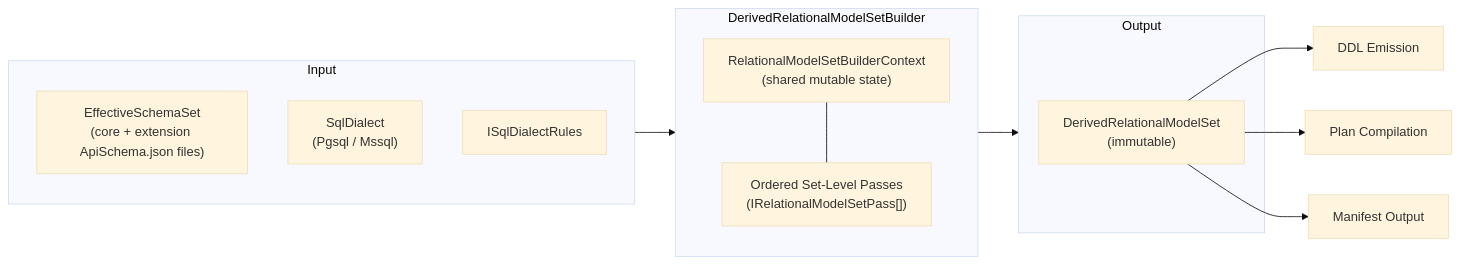
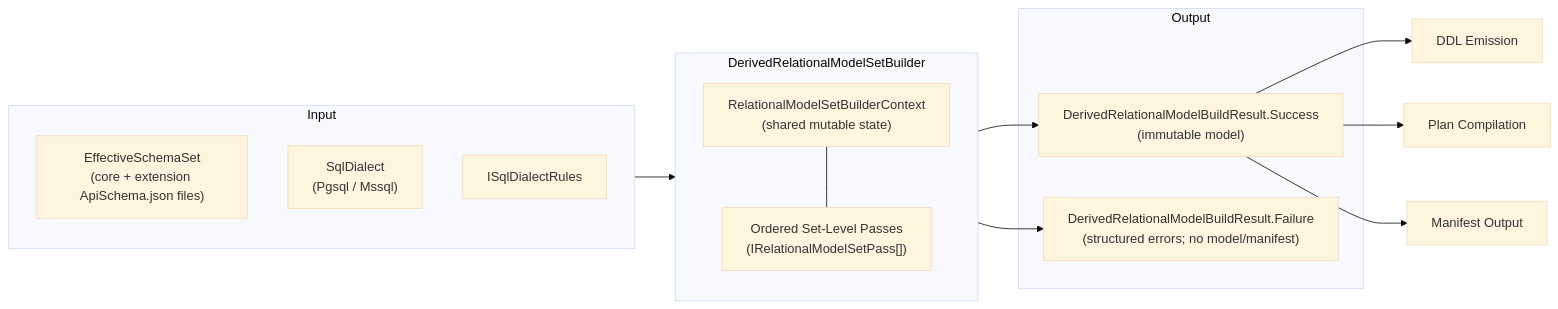
Before and after one commit to Ed-Fi-Alliance-OSS/Data-Management-Service: the first of 16 diagrams in reference/design/backend-redesign/presentations/relational-model-presentation.md, drawn with Mermaid (base theme). The commit also changed other lines of this file and 18 other files, not shown here.

````diff
--- a/reference/design/backend-redesign/presentations/relational-model-presentation.md
+++ b/reference/design/backend-redesign/presentations/relational-model-presentation.md
@@ -21,24 +23,26 @@
 ```mermaid
 flowchart LR
     subgraph Input
         ESS["EffectiveSchemaSet<br/>(core + extension ApiSchema.json files)"]
         DIALECT["SqlDialect<br/>(Pgsql / Mssql)"]
         RULES["ISqlDialectRules"]
     end
 
     subgraph Builder["DerivedRelationalModelSetBuilder"]
         CTX["RelationalModelSetBuilderContext<br/>(shared mutable state)"]
         PASSES["Ordered Set-Level Passes<br/>(IRelationalModelSetPass[])"]
         CTX --- PASSES
     end
 
     subgraph Output
-        DRMS["DerivedRelationalModelSet<br/>(immutable)"]
+        DRMS["DerivedRelationalModelBuildResult.Success<br/>(immutable model)"]
+        FAIL["DerivedRelationalModelBuildResult.Failure<br/>(structured errors; no model/manifest)"]
     end
 
-    Input --> Builder --> Output
+    Input --> Builder --> DRMS
+    Builder --> FAIL
 
     DRMS --> DDL["DDL Emission"]
     DRMS --> PLANS["Plan Compilation"]
     DRMS --> MANIFEST["Manifest Output"]
 ```
````
